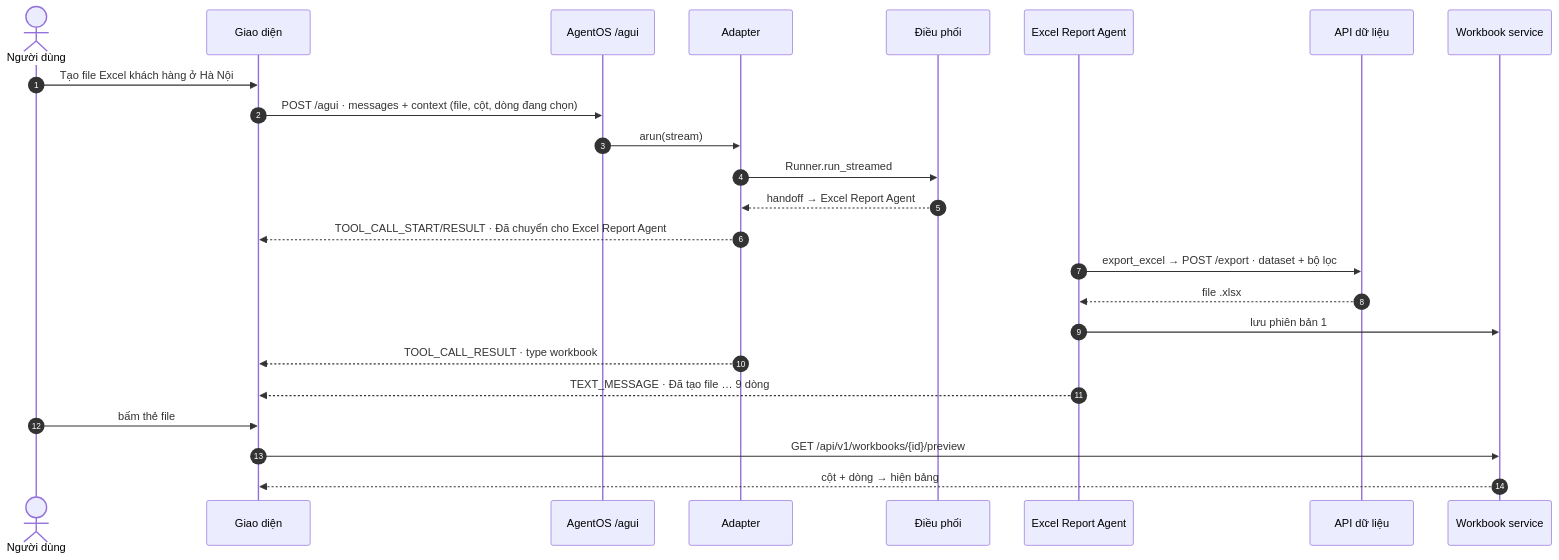
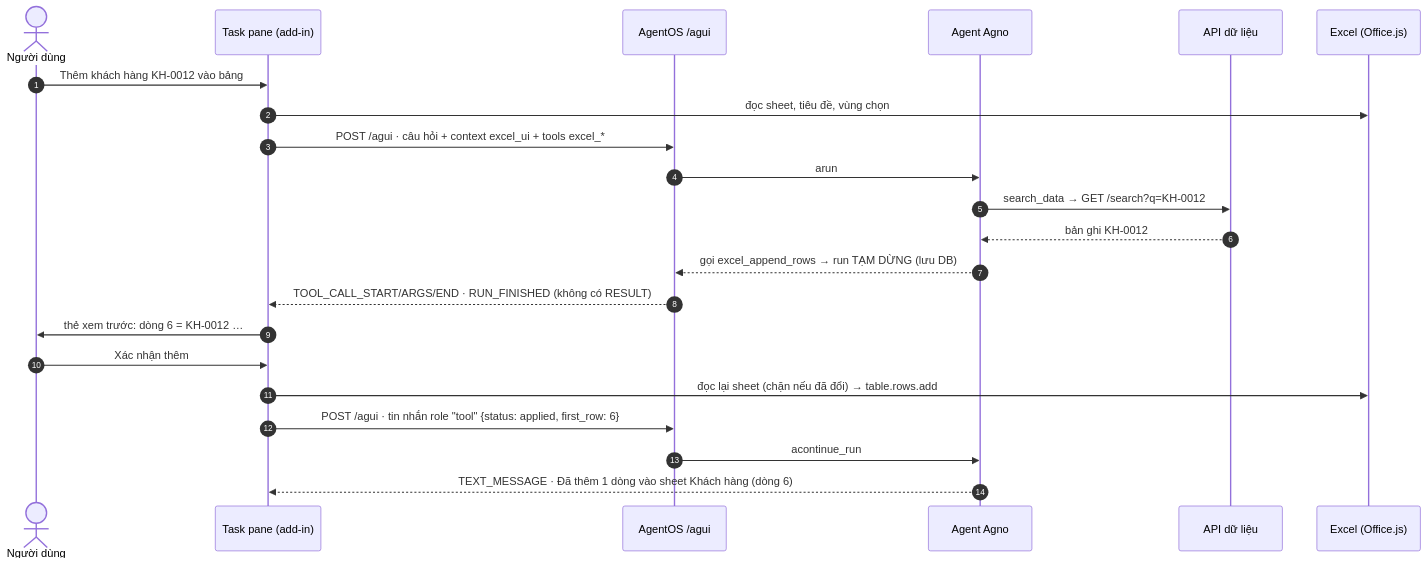
Before and after one commit to superken-python/ai-architecture: the second of 2 diagrams in projects/cmb-10-excel-agent-addin/docs/06-poc-huong-dan-su-dung.md, drawn with Mermaid. The commit also changed other lines of this file and 68 other files, not shown here.

First line of the commit message:
feat(cmb-10): POC 0.2 — Agno agent with Excel tools running in the add-in

````diff
--- a/projects/cmb-10-excel-agent-addin/docs/06-poc-huong-dan-su-dung.md
+++ b/projects/cmb-10-excel-agent-addin/docs/06-poc-huong-dan-su-dung.md
@@ -87,26 +74,24 @@
 ```mermaid
 sequenceDiagram
     autonumber
     actor U as Người dùng
-    participant UI as Giao diện
+    participant TP as Task pane (add-in)
     participant OS as AgentOS /agui
-    participant AD as Adapter
-    participant TR as Điều phối
-    participant RA as Excel Report Agent
+    participant AG as Agent Agno
     participant API as API dữ liệu
-    participant WB as Workbook service
-    U->>UI: Tạo file Excel khách hàng ở Hà Nội
-    UI->>OS: POST /agui · messages + context (file, cột, dòng đang chọn)
-    OS->>AD: arun(stream)
-    AD->>TR: Runner.run_streamed
-    TR-->>AD: handoff → Excel Report Agent
-    AD-->>UI: TOOL_CALL_START/RESULT · Đã chuyển cho Excel Report Agent
-    RA->>API: export_excel → POST /export · dataset + bộ lọc
-    API-->>RA: file .xlsx
-    RA->>WB: lưu phiên bản 1
-    AD-->>UI: TOOL_CALL_RESULT · type workbook
-    RA-->>UI: TEXT_MESSAGE · Đã tạo file … 9 dòng
-    U->>UI: bấm thẻ file
-    UI->>WB: GET /api/v1/workbooks/{id}/preview
-    WB-->>UI: cột + dòng → hiện bảng
+    participant XL as Excel (Office.js)
+    U->>TP: Thêm khách hàng KH-0012 vào bảng
+    TP->>XL: đọc sheet, tiêu đề, vùng chọn
+    TP->>OS: POST /agui · câu hỏi + context excel_ui + tools excel_*
+    OS->>AG: arun
+    AG->>API: search_data → GET /search?q=KH-0012
+    API-->>AG: bản ghi KH-0012
+    AG-->>OS: gọi excel_append_rows → run TẠM DỪNG (lưu DB)
+    OS-->>TP: TOOL_CALL_START/ARGS/END · RUN_FINISHED (không có RESULT)
+    TP->>U: thẻ xem trước: dòng 6 = KH-0012 …
+    U->>TP: Xác nhận thêm
+    TP->>XL: đọc lại sheet (chặn nếu đã đổi) → table.rows.add
+    TP->>OS: POST /agui · tin nhắn role "tool" {status: applied, first_row: 6}
+    OS->>AG: acontinue_run
+    AG-->>TP: TEXT_MESSAGE · Đã thêm 1 dòng vào sheet Khách hàng (dòng 6)
 ```
````
